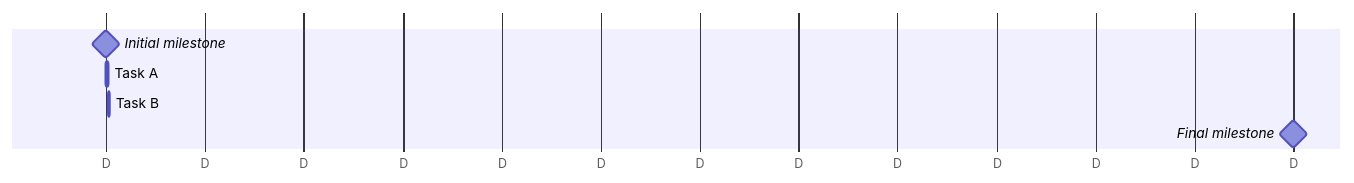
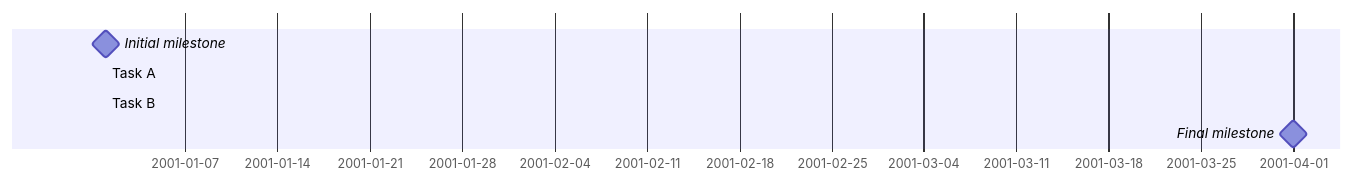
One commit to Iagocds/Projeto-Integrado changed the second of 2 diagrams in sprint.md. Above: the diagram before and after it, drawn with Mermaid.

````diff
--- a/sprint.md
+++ b/sprint.md
@@ -24,9 +24,7 @@
 ```mermaid
 gantt
-    dateFormat D
-    axisFormat %D
     Initial milestone : milestone, m1, 1, 2D
     Task A : 10m
     Task B : 5m
     Final milestone : milestone, m2, 4, 4D
 ```
````
